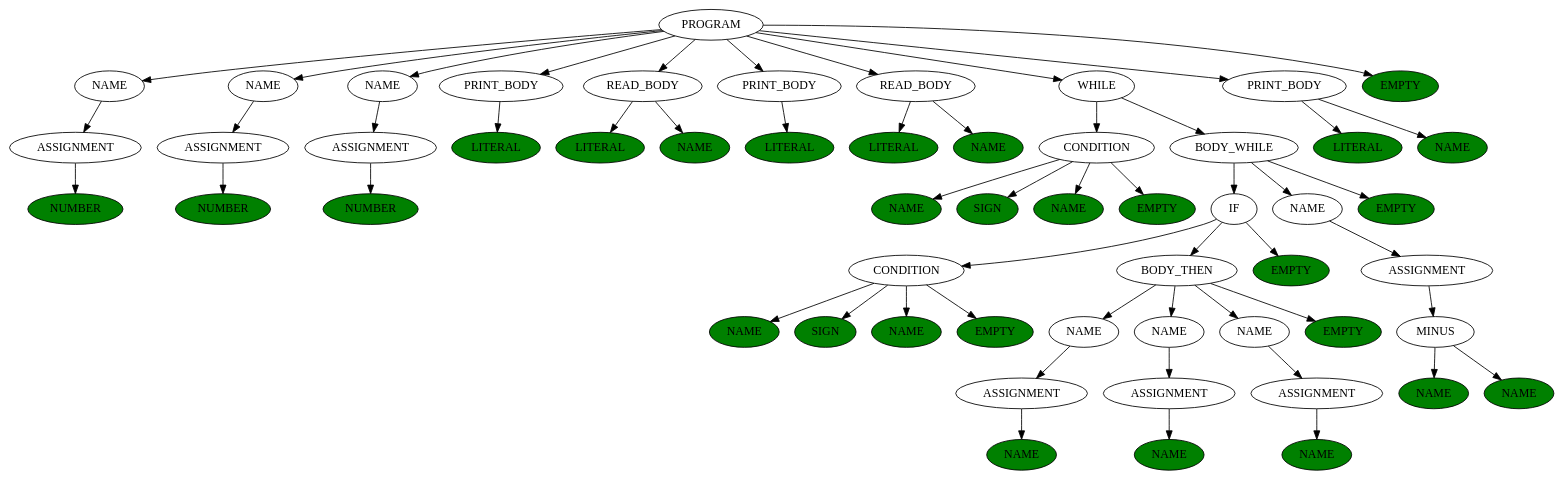
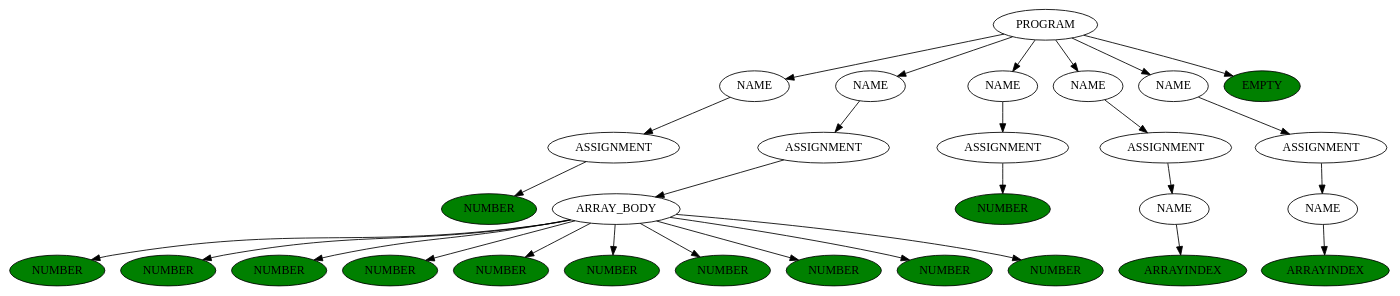
The diagram in tmp/ast.dot (SDVIIG/compilerLua), drawn with Graphviz before and after one commit. The commit also changed 5 other files, not shown here.

```diff
--- a/tmp/ast.dot
+++ b/tmp/ast.dot
@@ -1,112 +1,60 @@
 digraph parseTree {
 	ordering=out;
 	a_0 [label="PROGRAM"];
 	a_1 [label="NAME"];
 	a_2 [label="ASSIGNMENT"];
 	a_3 [label="NUMBER"; style=filled; fillcolor=green;];
 	a_2 -> a_3
 	a_1 -> a_2
 	a_4 [label="NAME"];
 	a_5 [label="ASSIGNMENT"];
-	a_6 [label="NUMBER"; style=filled; fillcolor=green;];
+	a_6 [label="ARRAY_BODY"];
+	a_7 [label="NUMBER"; style=filled; fillcolor=green;];
+	a_8 [label="NUMBER"; style=filled; fillcolor=green;];
+	a_9 [label="NUMBER"; style=filled; fillcolor=green;];
+	a_10 [label="NUMBER"; style=filled; fillcolor=green;];
+	a_11 [label="NUMBER"; style=filled; fillcolor=green;];
+	a_12 [label="NUMBER"; style=filled; fillcolor=green;];
+	a_13 [label="NUMBER"; style=filled; fillcolor=green;];
+	a_14 [label="NUMBER"; style=filled; fillcolor=green;];
+	a_15 [label="NUMBER"; style=filled; fillcolor=green;];
+	a_16 [label="NUMBER"; style=filled; fillcolor=green;];
+	a_6 -> a_7
+	a_6 -> a_8
+	a_6 -> a_9
+	a_6 -> a_10
+	a_6 -> a_11
+	a_6 -> a_12
+	a_6 -> a_13
+	a_6 -> a_14
+	a_6 -> a_15
+	a_6 -> a_16
 	a_5 -> a_6
 	a_4 -> a_5
-	a_7 [label="NAME"];
-	a_8 [label="ASSIGNMENT"];
-	a_9 [label="NUMBER"; style=filled; fillcolor=green;];
-	a_8 -> a_9
-	a_7 -> a_8
-	a_10 [label="PRINT_BODY"];
-	a_11 [label="LITERAL"; style=filled; fillcolor=green;];
-	a_10 -> a_11
-	a_12 [label="READ_BODY"];
-	a_13 [label="LITERAL"; style=filled; fillcolor=green;];
-	a_14 [label="NAME"; style=filled; fillcolor=green;];
-	a_12 -> a_13
-	a_12 -> a_14
-	a_15 [label="PRINT_BODY"];
-	a_16 [label="LITERAL"; style=filled; fillcolor=green;];
-	a_15 -> a_16
-	a_17 [label="READ_BODY"];
-	a_18 [label="LITERAL"; style=filled; fillcolor=green;];
-	a_19 [label="NAME"; style=filled; fillcolor=green;];
+	a_17 [label="NAME"];
+	a_18 [label="ASSIGNMENT"];
+	a_19 [label="NUMBER"; style=filled; fillcolor=green;];
+	a_18 -> a_19
 	a_17 -> a_18
-	a_17 -> a_19
-	a_20 [label="WHILE"];
-	a_21 [label="CONDITION"];
-	a_22 [label="NAME"; style=filled; fillcolor=green;];
-	a_23 [label="SIGN"; style=filled; fillcolor=green;];
-	a_24 [label="NAME"; style=filled; fillcolor=green;];
-	a_25 [label="EMPTY"; style=filled; fillcolor=green;];
+	a_20 [label="NAME"];
+	a_21 [label="ASSIGNMENT"];
+	a_22 [label="NAME"];
+	a_23 [label="ARRAYINDEX"; style=filled; fillcolor=green;];
+	a_22 -> a_23
 	a_21 -> a_22
-	a_21 -> a_23
-	a_21 -> a_24
-	a_21 -> a_25
-	a_26 [label="BODY_WHILE"];
-	a_27 [label="IF"];
-	a_28 [label="CONDITION"];
-	a_29 [label="NAME"; style=filled; fillcolor=green;];
-	a_30 [label="SIGN"; style=filled; fillcolor=green;];
-	a_31 [label="NAME"; style=filled; fillcolor=green;];
-	a_32 [label="EMPTY"; style=filled; fillcolor=green;];
-	a_28 -> a_29
-	a_28 -> a_30
-	a_28 -> a_31
-	a_28 -> a_32
-	a_33 [label="BODY_THEN"];
-	a_34 [label="NAME"];
-	a_35 [label="ASSIGNMENT"];
-	a_36 [label="NAME"; style=filled; fillcolor=green;];
-	a_35 -> a_36
-	a_34 -> a_35
-	a_37 [label="NAME"];
-	a_38 [label="ASSIGNMENT"];
-	a_39 [label="NAME"; style=filled; fillcolor=green;];
-	a_38 -> a_39
-	a_37 -> a_38
-	a_40 [label="NAME"];
-	a_41 [label="ASSIGNMENT"];
-	a_42 [label="NAME"; style=filled; fillcolor=green;];
-	a_41 -> a_42
-	a_40 -> a_41
-	a_43 [label="EMPTY"; style=filled; fillcolor=green;];
-	a_33 -> a_34
-	a_33 -> a_37
-	a_33 -> a_40
-	a_33 -> a_43
-	a_44 [label="EMPTY"; style=filled; fillcolor=green;];
-	a_27 -> a_28
-	a_27 -> a_33
-	a_27 -> a_44
-	a_45 [label="NAME"];
-	a_46 [label="ASSIGNMENT"];
-	a_47 [label="MINUS"];
-	a_48 [label="NAME"; style=filled; fillcolor=green;];
-	a_49 [label="NAME"; style=filled; fillcolor=green;];
-	a_47 -> a_48
-	a_47 -> a_49
-	a_46 -> a_47
-	a_45 -> a_46
-	a_50 [label="EMPTY"; style=filled; fillcolor=green;];
+	a_20 -> a_21
+	a_24 [label="NAME"];
+	a_25 [label="ASSIGNMENT"];
+	a_26 [label="NAME"];
+	a_27 [label="ARRAYINDEX"; style=filled; fillcolor=green;];
 	a_26 -> a_27
-	a_26 -> a_45
-	a_26 -> a_50
-	a_20 -> a_21
-	a_20 -> a_26
-	a_51 [label="PRINT_BODY"];
-	a_52 [label="LITERAL"; style=filled; fillcolor=green;];
-	a_53 [label="NAME"; style=filled; fillcolor=green;];
-	a_51 -> a_52
-	a_51 -> a_53
-	a_54 [label="EMPTY"; style=filled; fillcolor=green;];
+	a_25 -> a_26
+	a_24 -> a_25
+	a_28 [label="EMPTY"; style=filled; fillcolor=green;];
 	a_0 -> a_1
 	a_0 -> a_4
-	a_0 -> a_7
-	a_0 -> a_10
-	a_0 -> a_12
-	a_0 -> a_15
 	a_0 -> a_17
 	a_0 -> a_20
-	a_0 -> a_51
-	a_0 -> a_54
+	a_0 -> a_24
+	a_0 -> a_28
 }
```
